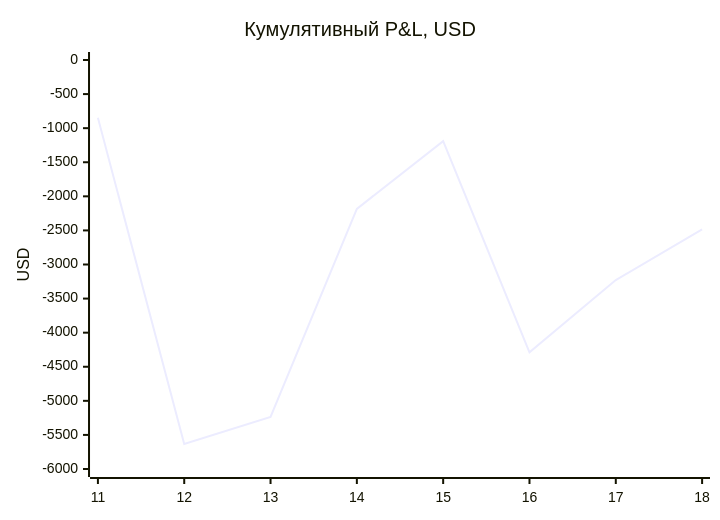
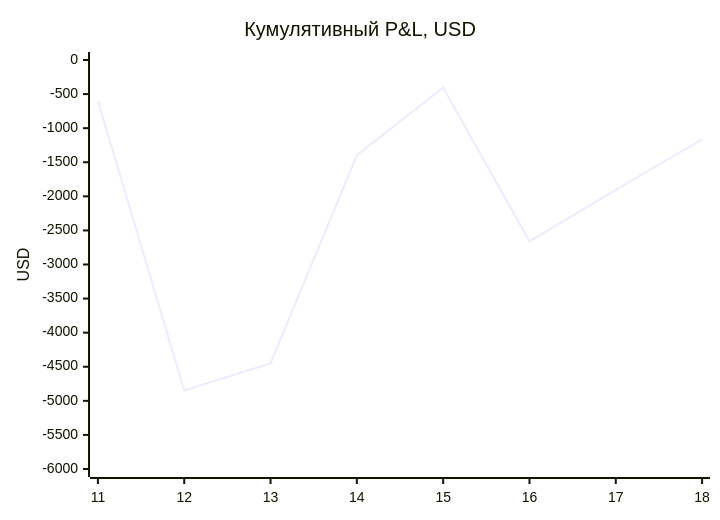
The second of 3 diagrams in REPORT.md (qerasu/copytrade-strategy), drawn with Mermaid before and after one commit. The commit also changed other lines of this file and 3 other files, not shown here.

````diff
--- a/REPORT.md
+++ b/REPORT.md
@@ -82,7 +86,7 @@
 ```mermaid
 xychart-beta
     title "Кумулятивный P&L, USD"
     x-axis ["11", "12", "13", "14", "15", "16", "17", "18"]
     y-axis "USD" -6000 --> 0
-    line [-848.63, -5633.98, -5235.64, -2183.73, -1189.58, -4287.43, -3228.77, -2484.75]
+    line [-600.01, -4848.29, -4449.95, -1398.04, -403.89, -2660.55, -1906.52, -1162.50]
 ```
````
